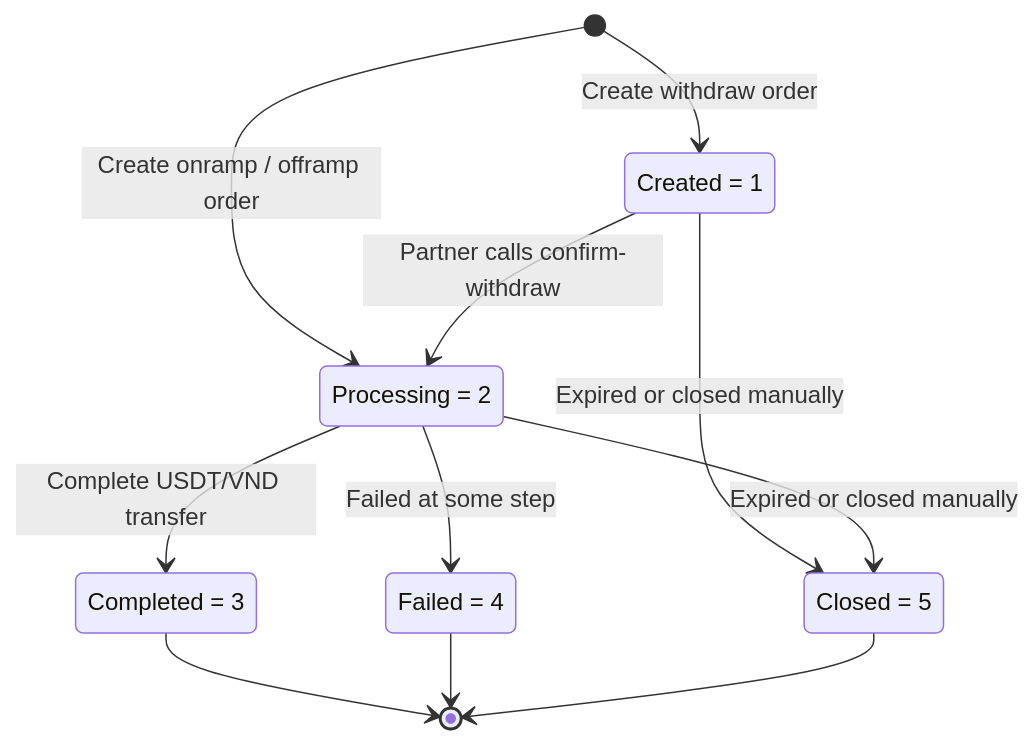
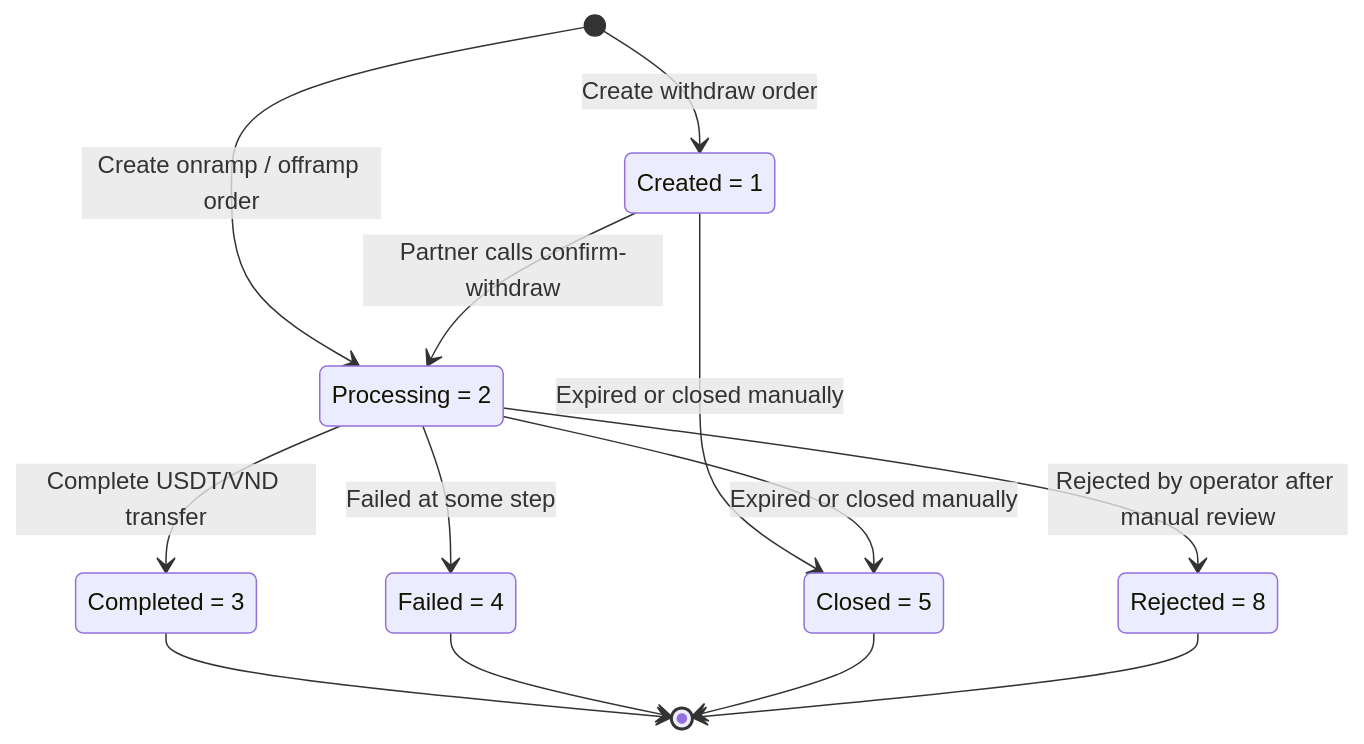
The diagram in guides/order-flow.mdx (trung-holdstation/HoldstationPay-doc), drawn with Mermaid before and after one commit. The commit also changed other lines of this file and 1 other file, not shown here.

First line of the commit message:
Sync order/onramp states with new Rejected + KYC review branches

````diff
--- a/guides/order-flow.mdx
+++ b/guides/order-flow.mdx
@@ -18,19 +19,22 @@
 ```mermaid
 stateDiagram-v2
     state "Created = 1" as CR
     state "Processing = 2" as P
     state "Completed = 3" as C
     state "Failed = 4" as F
     state "Closed = 5" as CL
+    state "Rejected = 8" as RJ
 
     [*] --> CR: Create withdraw order
     [*] --> P: Create onramp / offramp order
     CR --> P: Partner calls confirm-withdraw
     CR --> CL: Expired or closed manually
     P --> C: Complete USDT/VND transfer
     P --> F: Failed at some step
     P --> CL: Expired or closed manually
+    P --> RJ: Rejected by operator after manual review
     C --> [*]
     F --> [*]
     CL --> [*]
+    RJ --> [*]
 ```
````
